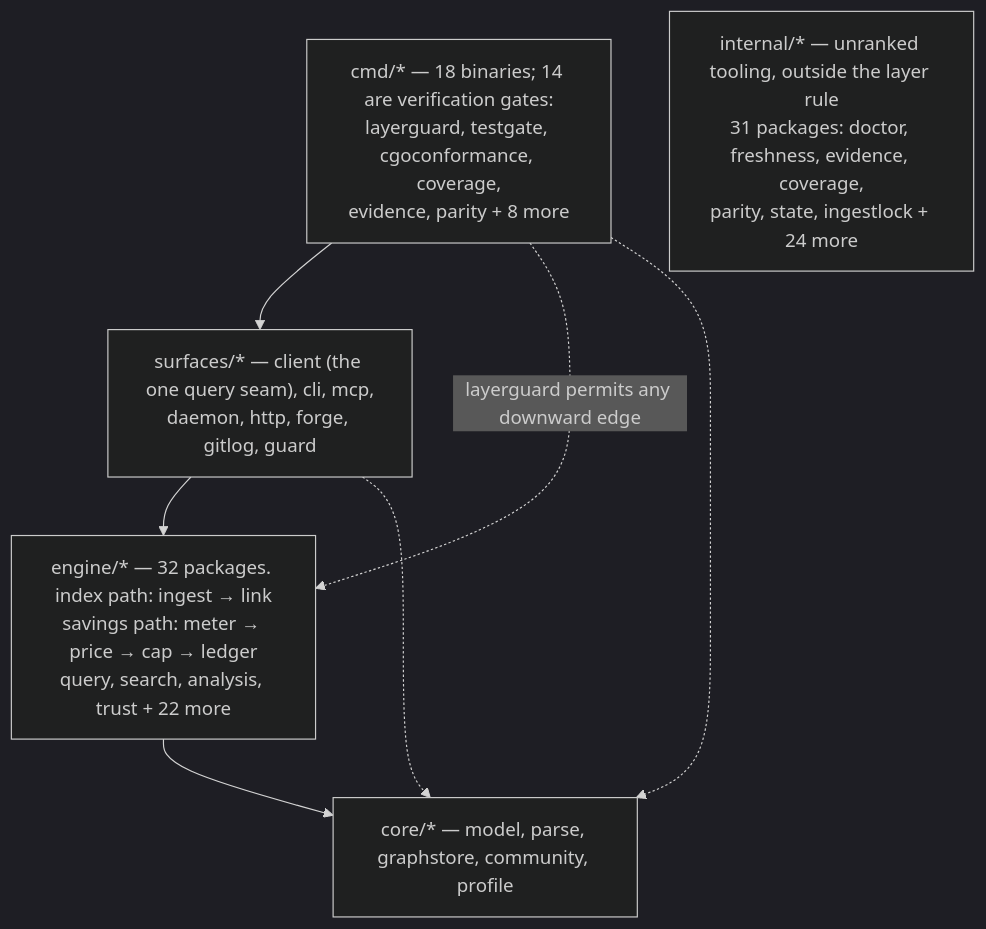
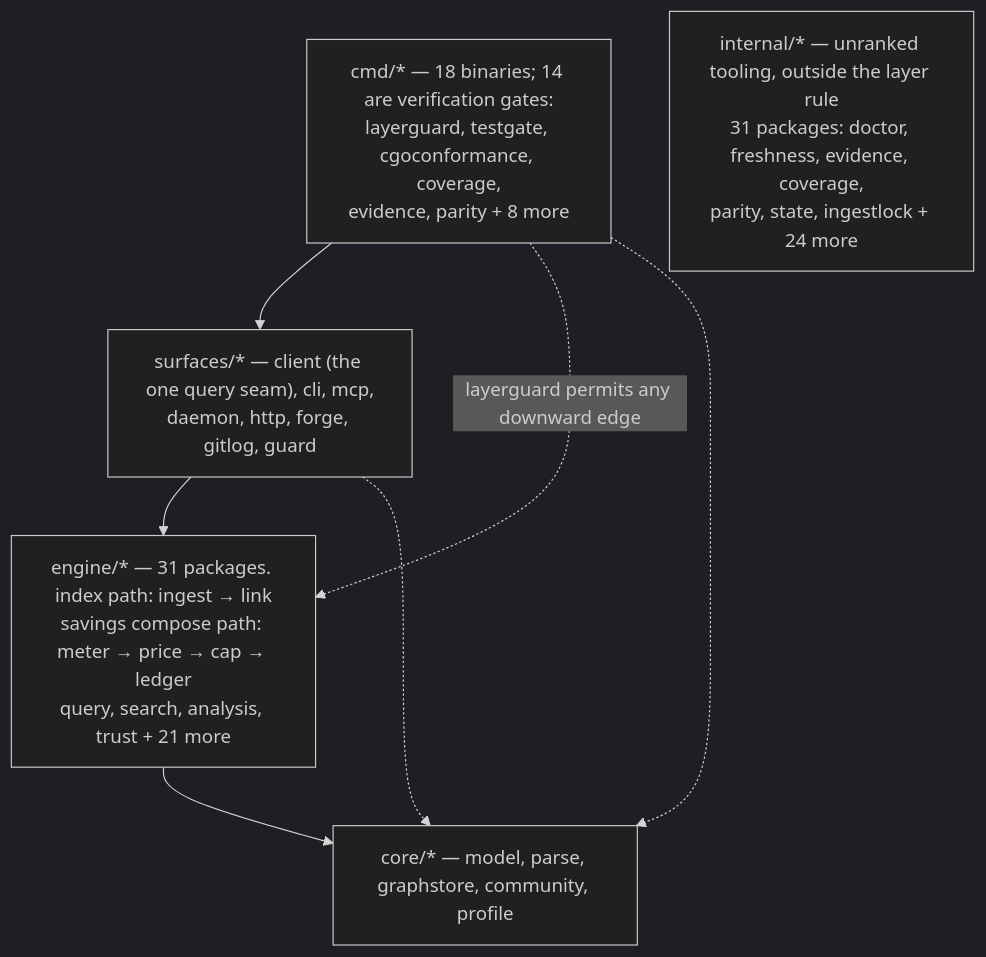
The seventh of 7 diagrams in readme.md (samibel/graphi), drawn with Mermaid (dark theme) before and after one commit.

````diff
--- a/readme.md
+++ b/readme.md
@@ -397,11 +397,11 @@
 ```mermaid
 flowchart TD
     CMD["cmd/* — 18 binaries; 14 are verification gates:<br/>layerguard, testgate, cgoconformance, coverage,<br/>evidence, parity + 8 more"]
     SURF["surfaces/* — client (the one query seam), cli, mcp,<br/>daemon, http, forge, gitlog, guard"]
-    ENG["engine/* — 32 packages. index path: ingest → link<br/>savings path: meter → price → cap → ledger<br/>query, search, analysis, trust + 22 more"]
+    ENG["engine/* — 31 packages. index path: ingest → link<br/>savings compose path: meter → price → cap → ledger<br/>query, search, analysis, trust + 21 more"]
     CORE["core/* — model, parse, graphstore, community, profile"]
     INT["internal/* — unranked tooling, outside the layer rule<br/>31 packages: doctor, freshness, evidence, coverage,<br/>parity, state, ingestlock + 24 more"]
     CMD --> SURF --> ENG --> CORE
     CMD -. "layerguard permits any downward edge" .-> ENG
     CMD & SURF -.-> CORE
 ```
````
